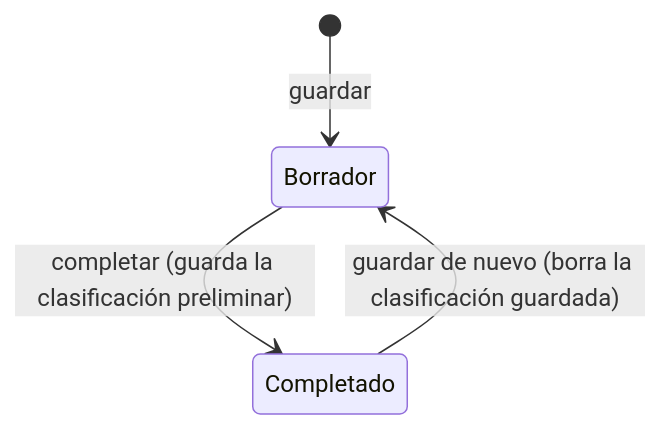
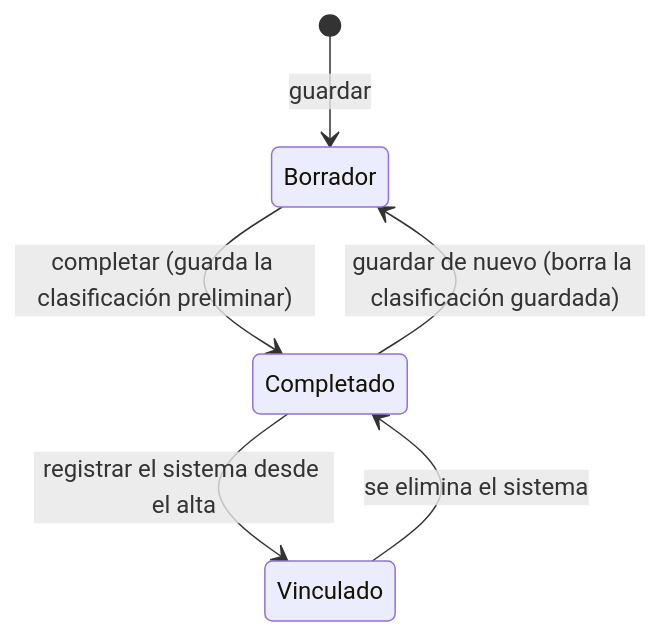
The diagram in docs/funcional/cuestionario-preliminar-formulario.md (albarracingarciap/fluxion-saas), drawn with Mermaid before and after one commit. The commit also changed other lines of this file and 18 other files, not shown here.

````diff
--- a/docs/funcional/cuestionario-preliminar-formulario.md
+++ b/docs/funcional/cuestionario-preliminar-formulario.md
@@ -166,6 +182,8 @@
 ```mermaid
 stateDiagram-v2
   [*] --> Borrador: guardar
   Borrador --> Completado: completar (guarda la clasificación preliminar)
   Completado --> Borrador: guardar de nuevo (borra la clasificación guardada)
+  Completado --> Vinculado: registrar el sistema desde el alta
+  Vinculado --> Completado: se elimina el sistema
 ```
````
